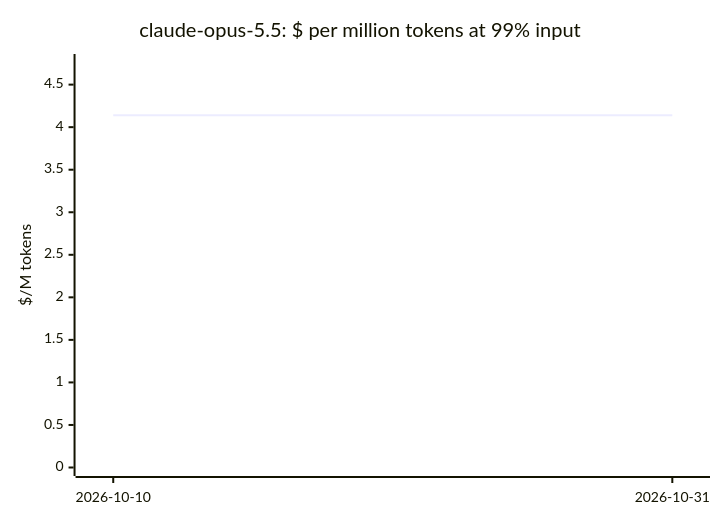
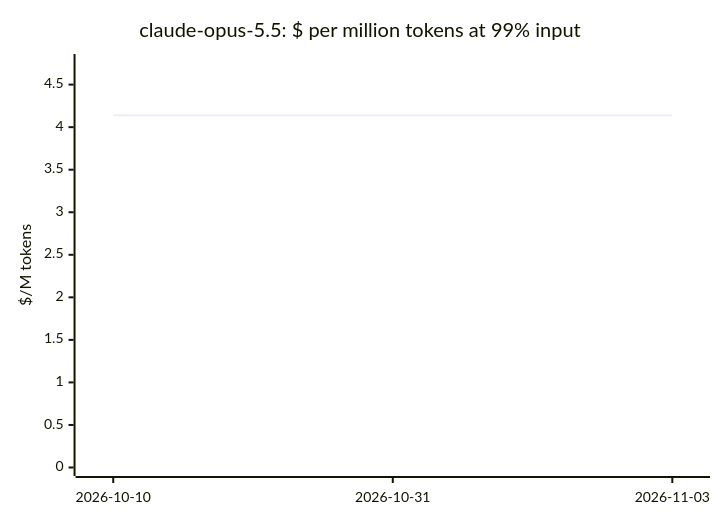
The fourth of 20 diagrams in docs/openrouter-models.md (cklukas/OMEGA_TRANSFORM), drawn with Mermaid before and after one commit. The commit also changed other lines of this file and 469 other files, not shown here.

````diff
--- a/docs/openrouter-models.md
+++ b/docs/openrouter-models.md
@@ -171,7 +168,7 @@
 ```mermaid
 xychart-beta
     title "claude-opus-5.5: $ per million tokens at 99% input"
-    x-axis ["2026-10-10", "2026-10-31"]
+    x-axis ["2026-10-10", "2026-10-31", "2026-11-03"]
     y-axis "$/M tokens" 0 --> 4.76
-    line [4.14, 4.14]
+    line [4.141, 4.141, 4.141]
 ```
````
